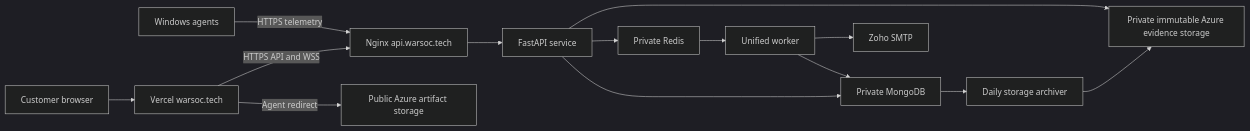
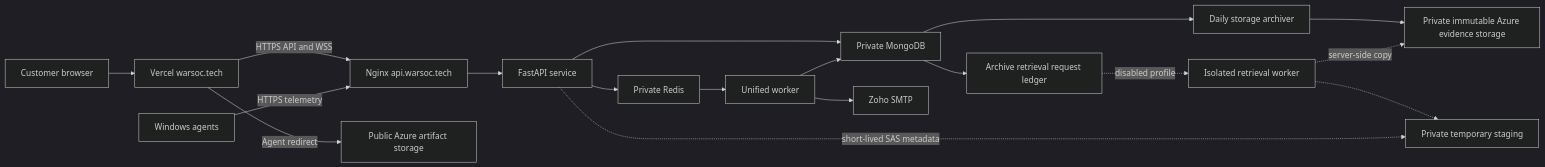
One commit to SHADABMUSHTAQ/Startup changed the third of 3 diagrams in docs/WARSOC_CURRENT_STATE_ARCHITECTURE.md. Above: the diagram before and after it, drawn with Mermaid (dark theme). The commit also changed other lines of this file and 17 other files, not shown here.

Commit message:
Document WarSOC scope architecture and release plan

````diff
--- a/docs/WARSOC_CURRENT_STATE_ARCHITECTURE.md
+++ b/docs/WARSOC_CURRENT_STATE_ARCHITECTURE.md
@@ -914,16 +1038,20 @@
 ```mermaid
 flowchart LR
     B["Customer browser"] --> V["Vercel warsoc.tech"]
     V -->|"HTTPS API and WSS"| N["Nginx api.warsoc.tech"]
     A["Windows agents"] -->|"HTTPS telemetry"| N
     N --> API["FastAPI service"]
     API --> R["Private Redis"]
     API --> M["Private MongoDB"]
     R --> W["Unified worker"]
     W --> M
     W --> SMTP["Zoho SMTP"]
     M --> AR["Daily storage archiver"]
     AR --> AZ["Private immutable Azure evidence storage"]
-    API --> AZ
+    M --> RL["Archive retrieval request ledger"]
+    RL -. "disabled profile" .-> RR["Isolated retrieval worker"]
+    RR -. "server-side copy" .-> AZ
+    RR -.-> ST["Private temporary staging"]
+    API -. "short-lived SAS metadata" .-> ST
     V -->|"Agent redirect"| PUB["Public Azure artifact storage"]
 ```
````
